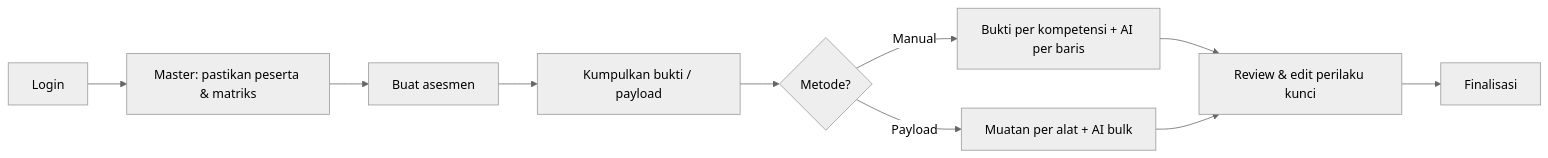
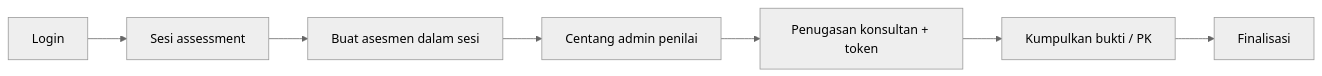
Before and after one commit to sukasapi/ai-assisted-assesment-support: the first of 2 diagrams in documentation/petunjuk_dev.MD, drawn with Mermaid (neutral theme). The commit also changed other lines of this file and 65 other files, not shown here.

````diff
--- a/documentation/petunjuk_dev.MD
+++ b/documentation/petunjuk_dev.MD
@@ -130,12 +142,9 @@
 ```mermaid
 flowchart LR
-    A[Login] --> B[Master: pastikan peserta & matriks]
-    B --> C[Buat asesmen]
-    C --> D[Kumpulkan bukti / payload]
-    D --> E{Metode?}
-    E -->|Manual| F[Bukti per kompetensi + AI per baris]
-    E -->|Payload| G[Muatan per alat + AI bulk]
-    F --> H[Review & edit perilaku kunci]
-    G --> H
-    H --> I[Finalisasi]
+    A[Login] --> B[Sesi assessment]
+    B --> C[Buat asesmen dalam sesi]
+    C --> D[Centang admin penilai]
+    D --> E[Penugasan konsultan + token]
+    E --> F[Kumpulkan bukti / PK]
+    F --> G[Finalisasi]
 ```
````
